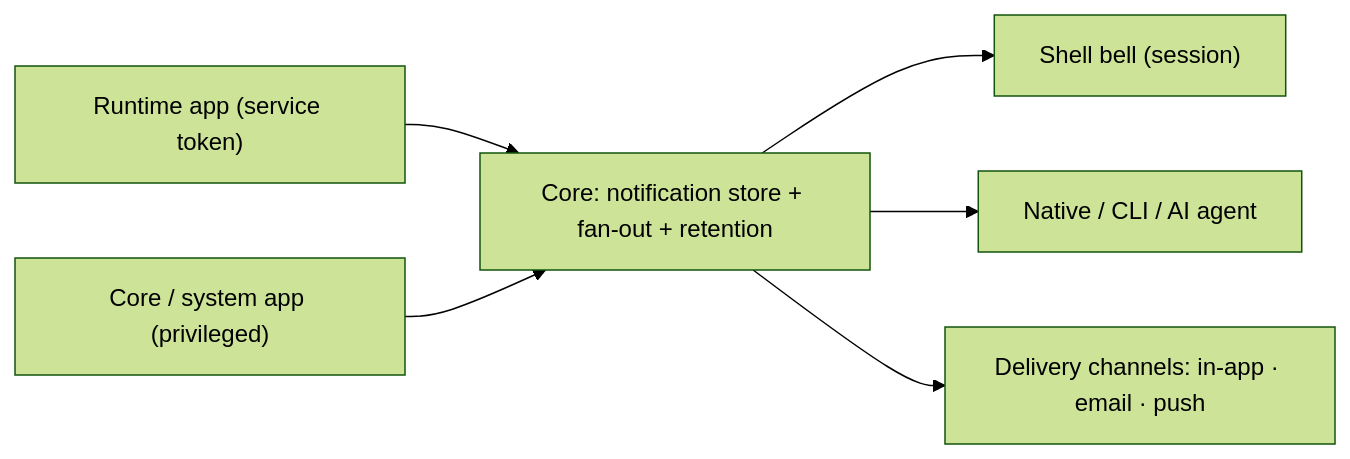
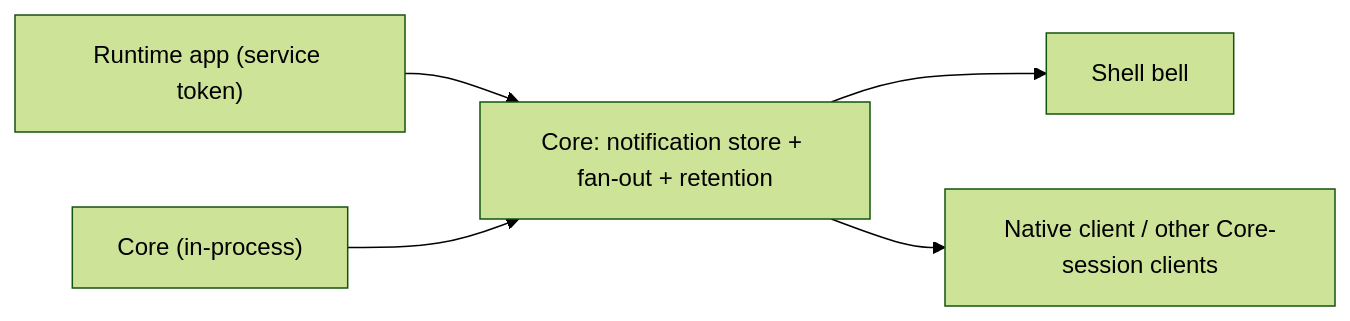
One commit to alex-de-haas/docker-host changed the diagram in docs/features/notifications/feature.md. Above: the diagram before and after it, drawn with Mermaid (forest theme). The commit also changed other lines of this file and 8 other files, not shown here.

````diff
--- a/docs/features/notifications/feature.md
+++ b/docs/features/notifications/feature.md
@@ -13,8 +12,7 @@
 ```mermaid
 flowchart LR
   A["Runtime app (service token)"] --> C["Core: notification store + fan-out + retention"]
-  B["Core / system app (privileged)"] --> C
-  C --> D["Shell bell (session)"]
-  C --> E["Native / CLI / AI agent"]
-  C --> F["Delivery channels: in-app · email · push"]
+  B["Core (in-process)"] --> C
+  C --> D["Shell bell"]
+  C --> E["Native client / other Core-session clients"]
 ```
````
